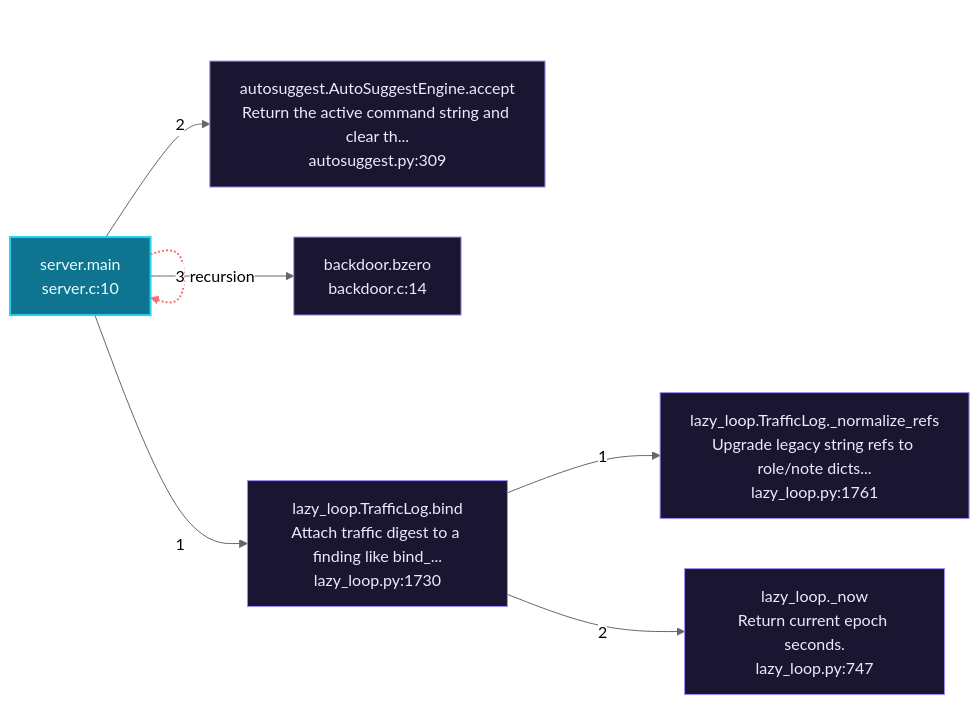
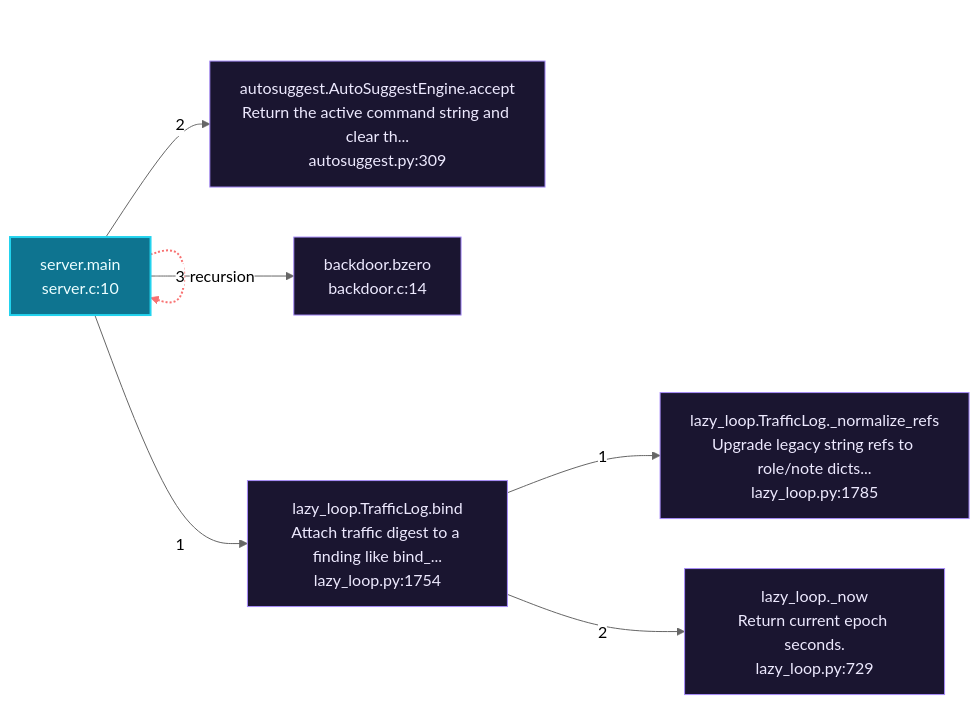
The second of 6 diagrams in readmenator-apidocs/architecture.md (grisuno/LazyOwn), drawn with Mermaid (neutral theme) before and after one commit. The commit also changed other lines of this file and 415 other files, not shown here.

````diff
--- a/readmenator-apidocs/architecture.md
+++ b/readmenator-apidocs/architecture.md
@@ -153,18 +174,18 @@
 ```mermaid
 flowchart LR
     classDef entry fill:#0e7490,stroke:#22d3ee,color:#ecfeff,stroke-width:2px;
     classDef external fill:#1a1530,stroke:#a78bfa,color:#ede9fe;
     n_modules_backdoor_server_c__main["server.main<br/>server.c:10"]:::entry
-    n_modules_lazy_loop_py__bind["lazy_loop.TrafficLog.bind<br/>Attach traffic digest to a finding like bind_...<br/>lazy_loop.py:1730"]:::external
-    n_modules_lazy_loop_py___normalize_refs["lazy_loop.TrafficLog._normalize_refs<br/>Upgrade legacy string refs to role/note dicts...<br/>lazy_loop.py:1761"]:::external
-    n_modules_lazy_loop_py___now["lazy_loop._now<br/>Return current epoch seconds.<br/>lazy_loop.py:747"]:::external
+    n_modules_lazy_loop_py__bind["lazy_loop.TrafficLog.bind<br/>Attach traffic digest to a finding like bind_...<br/>lazy_loop.py:1754"]:::external
+    n_modules_lazy_loop_py___normalize_refs["lazy_loop.TrafficLog._normalize_refs<br/>Upgrade legacy string refs to role/note dicts...<br/>lazy_loop.py:1785"]:::external
+    n_modules_lazy_loop_py___now["lazy_loop._now<br/>Return current epoch seconds.<br/>lazy_loop.py:729"]:::external
     n_cli_autosuggest_py__accept["autosuggest.AutoSuggestEngine.accept<br/>Return the active command string and clear th...<br/>autosuggest.py:309"]:::external
     n_modules_backdoor_backdoor_c__bzero["backdoor.bzero<br/>backdoor.c:14"]:::external
     n_modules_backdoor_server_c__main -.->|"recursion"| n_modules_backdoor_server_c__main
     n_modules_backdoor_server_c__main -->|"1"| n_modules_lazy_loop_py__bind
     n_modules_lazy_loop_py__bind -->|"1"| n_modules_lazy_loop_py___normalize_refs
     n_modules_lazy_loop_py__bind -->|"2"| n_modules_lazy_loop_py___now
     n_modules_backdoor_server_c__main -->|"2"| n_cli_autosuggest_py__accept
     n_modules_backdoor_server_c__main -->|"3"| n_modules_backdoor_backdoor_c__bzero
     linkStyle 0 stroke:#f87171,stroke-width:2px;
 ```
````
